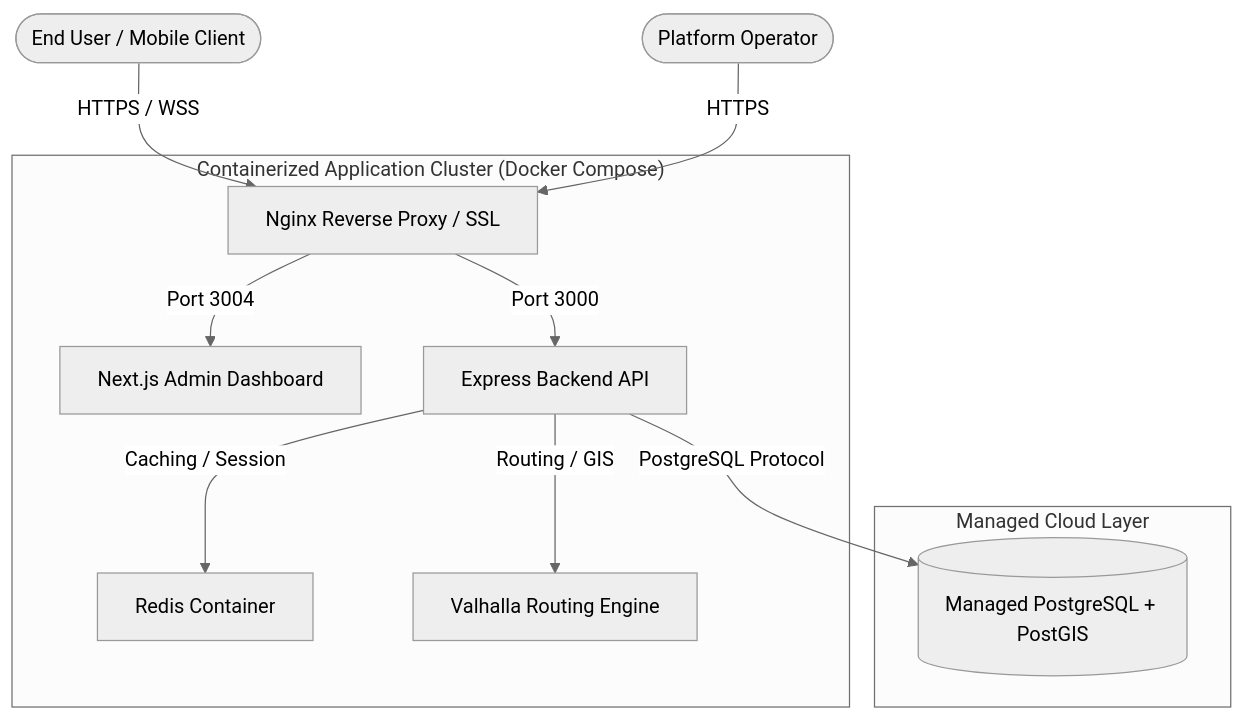
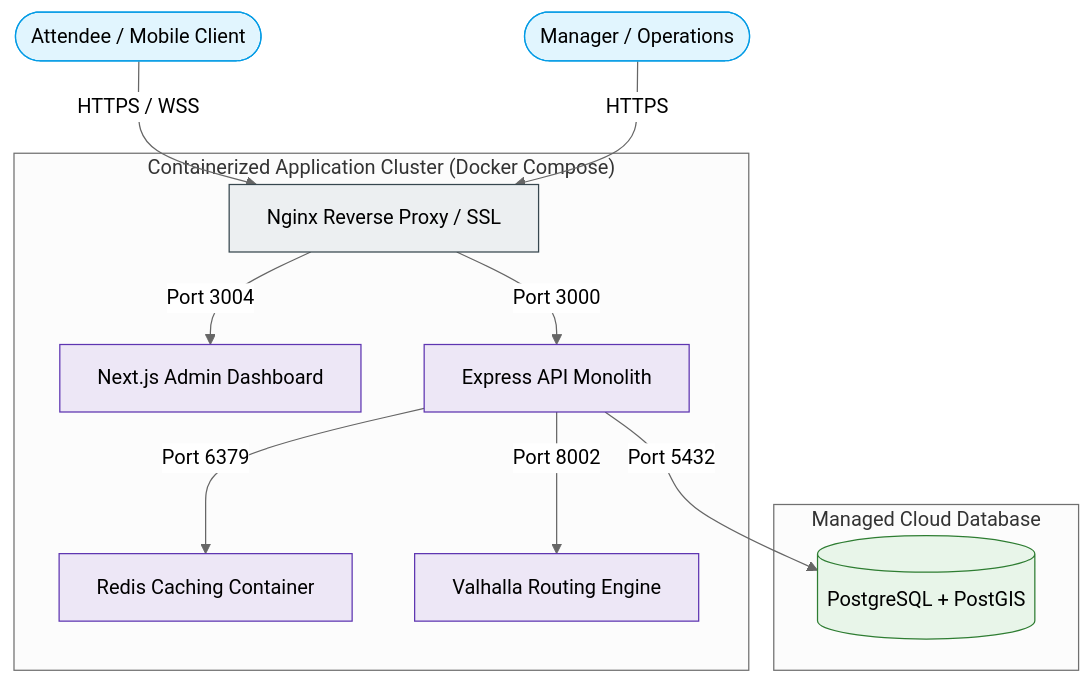
The diagram in apps/docs/pages/guides/deployment.mdx (lattice-product-team/app_lattice_project), drawn with Mermaid (neutral theme) before and after one commit. The commit also changed other lines of this file and 18 other files, not shown here.

````diff
--- a/apps/docs/pages/guides/deployment.mdx
+++ b/apps/docs/pages/guides/deployment.mdx
@@ -13,16 +13,21 @@
 ```mermaid
 graph TD
-    User([End User / Mobile Client]) -->|HTTPS / WSS| Nginx[Nginx Reverse Proxy / SSL]
-    Admin([Platform Operator]) -->|HTTPS| Nginx
+    classDef client fill:#E1F5FE,stroke:#039BE5,stroke-width:1px;
+    classDef proxy fill:#ECEFF1,stroke:#37474F,stroke-width:1px;
+    classDef app fill:#EDE7F6,stroke:#5E35B1,stroke-width:1px;
+    classDef db fill:#E8F5E9,stroke:#2E7D32,stroke-width:1px;
 
+    User([Attendee / Mobile Client]):::client -->|HTTPS / WSS| Nginx[Nginx Reverse Proxy / SSL]:::proxy
+    Admin([Manager / Operations]):::client -->|HTTPS| Nginx
+ 
     subgraph "Containerized Application Cluster (Docker Compose)"
-        Nginx -->|Port 3004| Next[Next.js Admin Dashboard]
-        Nginx -->|Port 3000| Express[Express Backend API]
-        Express -->|Caching / Session| Redis[Redis Container]
-        Express -->|Routing / GIS| Valhalla[Valhalla Routing Engine]
+        Nginx -->|Port 3004| Next[Next.js Admin Dashboard]:::app
+        Nginx -->|Port 3000| Express[Express API Monolith]:::app
+        Express -->|Port 6379| Redis[Redis Caching Container]:::app
+        Express -->|Port 8002| Valhalla[Valhalla Routing Engine]:::app
     end
 
-    subgraph "Managed Cloud Layer"
-        Express -->|PostgreSQL Protocol| ManagedDB[(Managed PostgreSQL + PostGIS)]
+    subgraph "Managed Cloud Database"
+        Express -->|Port 5432| ManagedDB[(PostgreSQL + PostGIS)]:::db
     end
 ```
````
